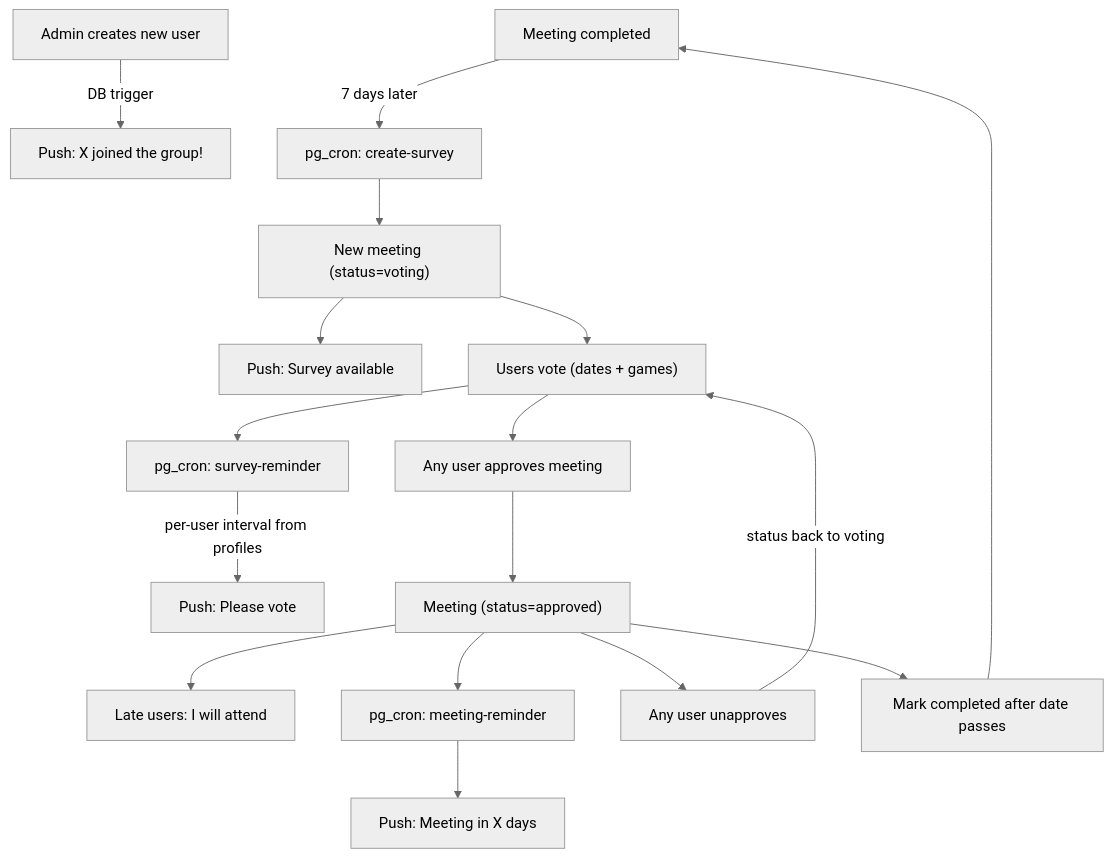
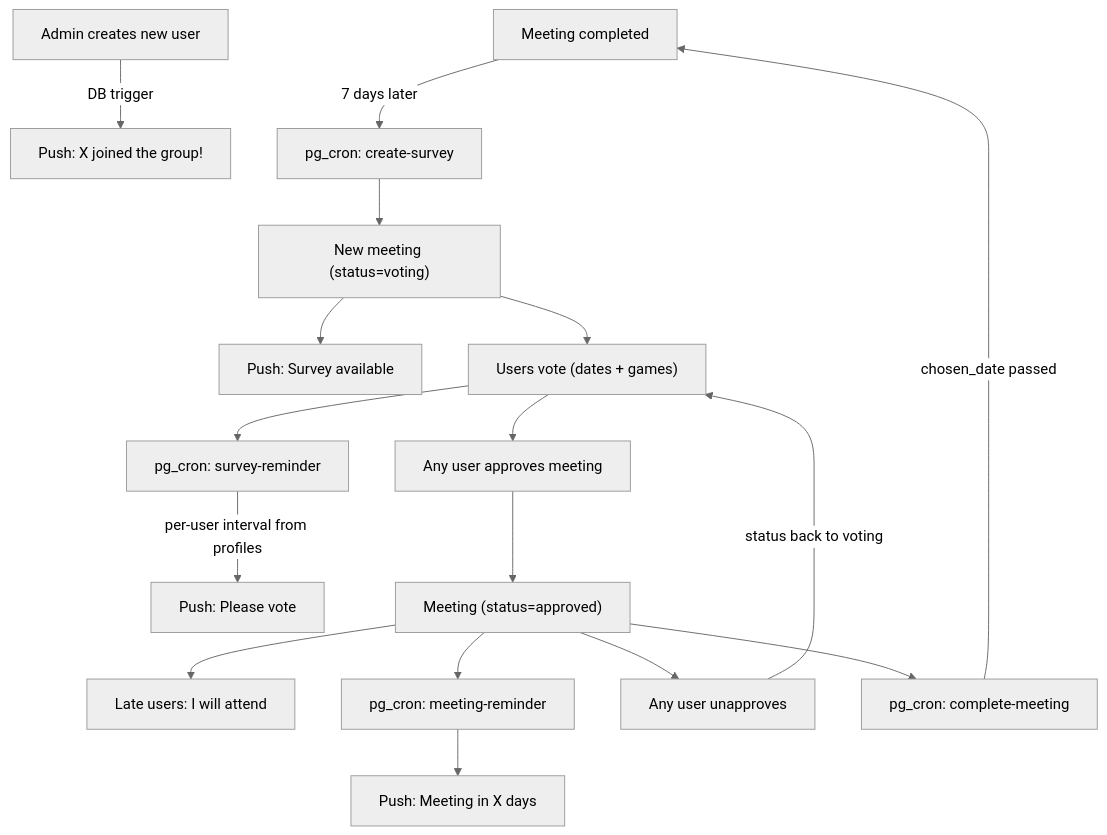
The second of 2 diagrams in .cursor/plans/boardgames_meeting_planner_a7addda3.plan.md (jacaczap/boardgames), drawn with Mermaid (neutral theme) before and after one commit. The commit also changed other lines of this file and 15 other files, not shown here.

````diff
--- a/.cursor/plans/boardgames_meeting_planner_a7addda3.plan.md
+++ b/.cursor/plans/boardgames_meeting_planner_a7addda3.plan.md
@@ -295,19 +305,19 @@
 ```mermaid
 flowchart TD
     NewUser["Admin creates new user"] -->|"DB trigger"| PushNewUser["Push: X joined the group!"]
     CompletedMeeting["Meeting completed"] -->|"7 days later"| CronCreateSurvey["pg_cron: create-survey"]
     CronCreateSurvey --> NewSurvey["New meeting (status=voting)"]
     NewSurvey --> PushNotif["Push: Survey available"]
     NewSurvey --> UsersVote["Users vote (dates + games)"]
     UsersVote --> CronReminder["pg_cron: survey-reminder"]
     CronReminder -->|"per-user interval from profiles"| PushRemind["Push: Please vote"]
     UsersVote --> Approve["Any user approves meeting"]
     Approve --> ApprovedMeeting["Meeting (status=approved)"]
     ApprovedMeeting --> LateJoin["Late users: I will attend"]
     ApprovedMeeting --> CronMeetingReminder["pg_cron: meeting-reminder"]
     CronMeetingReminder --> PushMeeting["Push: Meeting in X days"]
     ApprovedMeeting --> Unapprove["Any user unapproves"]
     Unapprove -->|"status back to voting"| UsersVote
-    ApprovedMeeting --> Complete["Mark completed after date passes"]
-    Complete --> CompletedMeeting
+    ApprovedMeeting --> CronComplete["pg_cron: complete-meeting"]
+    CronComplete -->|"chosen_date passed"| CompletedMeeting
 ```
````
